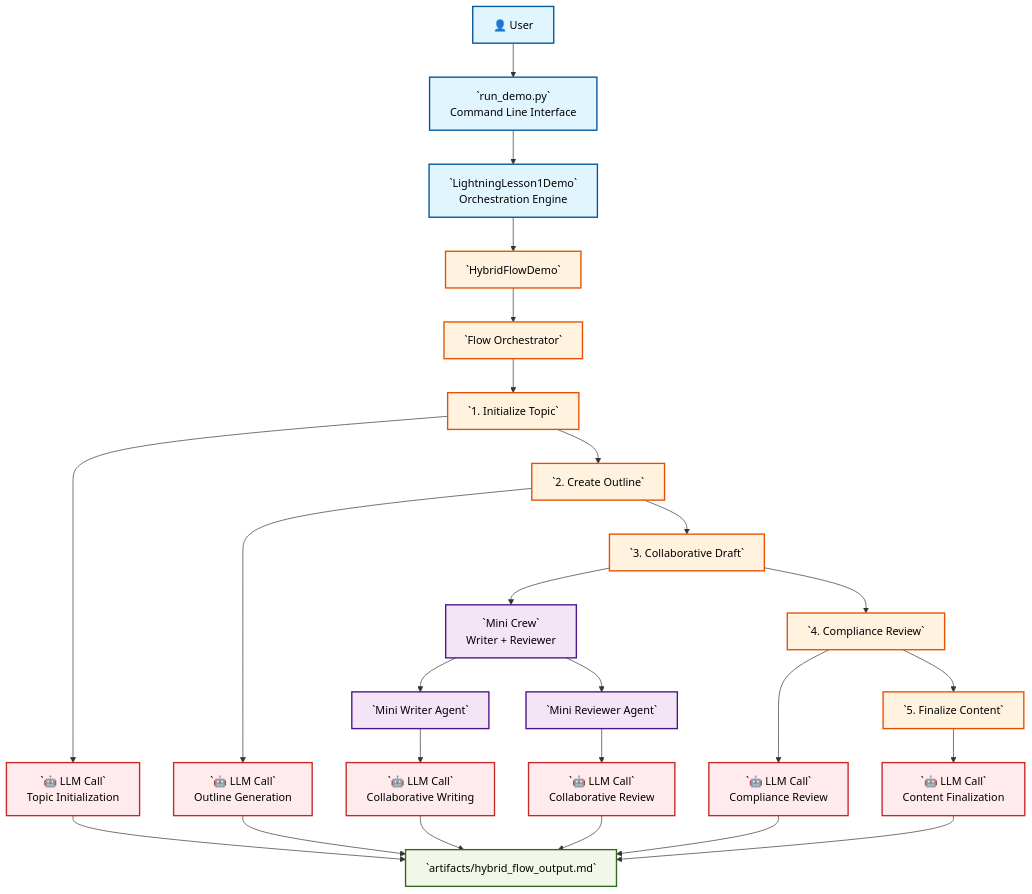
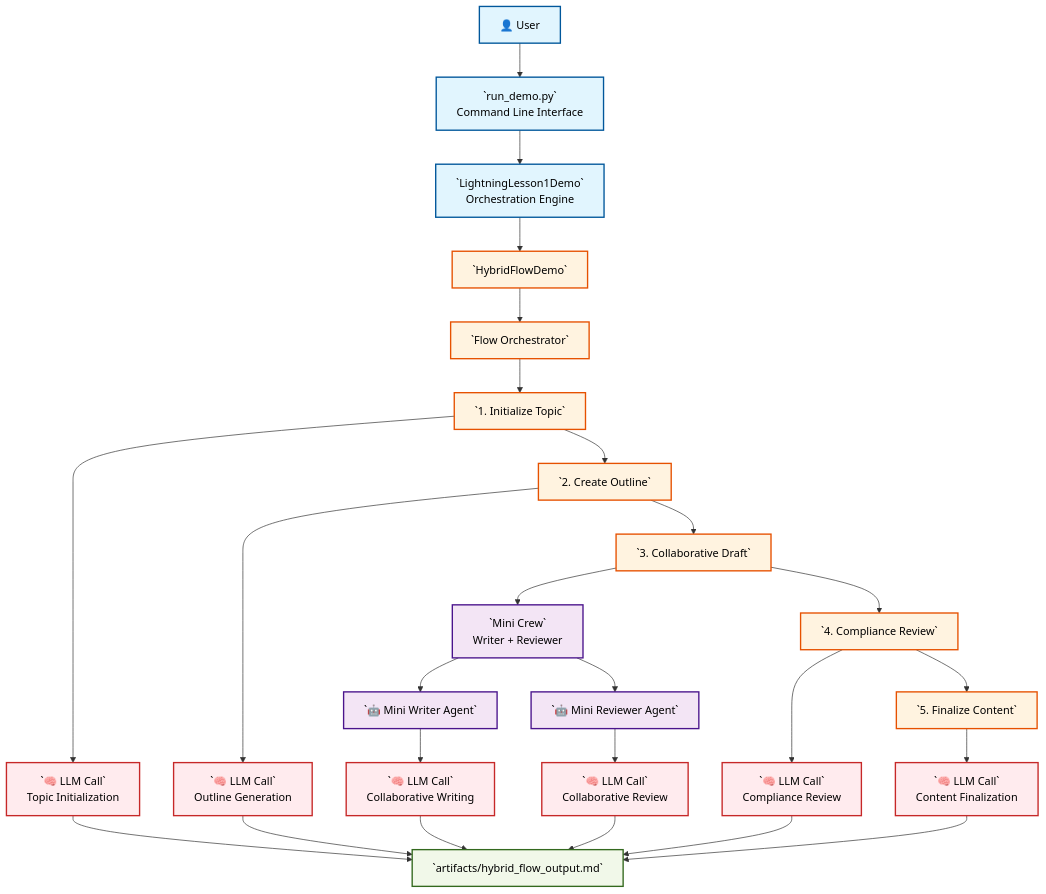
Before and after one commit to synaptic-ai-consulting/crewai-LL-series: the third of 3 diagrams in LL1/README.md, drawn with Mermaid. The commit also changed other lines of this file, not shown here.

Commit message:
updated architecture diagrams

````diff
--- a/LL1/README.md
+++ b/LL1/README.md
@@ -123,53 +123,53 @@
 ```mermaid
 graph TB
     %% User Interaction
     User[👤 User] --> CLI[`run_demo.py`<br/>Command Line Interface]
     CLI --> DemoRunner[`LightningLesson1Demo`<br/>Orchestration Engine]
     
     %% Hybrid Path
     DemoRunner --> HybridDemo[`HybridFlowDemo`]
     HybridDemo --> FlowOrchestrator[`Flow Orchestrator`]
     
     %% Flow Steps
     FlowOrchestrator --> Step1[`1. Initialize Topic`]
     Step1 --> Step2[`2. Create Outline`]
     Step2 --> Step3[`3. Collaborative Draft`]
     Step3 --> Step4[`4. Compliance Review`]
     Step4 --> Step5[`5. Finalize Content`]
     
     %% Direct LLM Calls
-    Step1 --> LLM1[`🤖 LLM Call`<br/>Topic Initialization]
-    Step2 --> LLM2[`🤖 LLM Call`<br/>Outline Generation]
-    Step4 --> LLM4[`🤖 LLM Call`<br/>Compliance Review]
-    Step5 --> LLM5[`🤖 LLM Call`<br/>Content Finalization]
+    Step1 --> LLM1[`🧠 LLM Call`<br/>Topic Initialization]
+    Step2 --> LLM2[`🧠 LLM Call`<br/>Outline Generation]
+    Step4 --> LLM4[`🧠 LLM Call`<br/>Compliance Review]
+    Step5 --> LLM5[`🧠 LLM Call`<br/>Content Finalization]
     
     %% Mini Crew for Collaborative Draft
     Step3 --> MiniCrew[`Mini Crew`<br/>Writer + Reviewer]
-    MiniCrew --> MiniWriter[`Mini Writer Agent`]
-    MiniCrew --> MiniReviewer[`Mini Reviewer Agent`]
+    MiniCrew --> MiniWriter[`🤖 Mini Writer Agent`]
+    MiniCrew --> MiniReviewer[`🤖 Mini Reviewer Agent`]
     
     %% Mini Crew LLM Calls
-    MiniWriter --> MiniLLM1[`🤖 LLM Call`<br/>Collaborative Writing]
-    MiniReviewer --> MiniLLM2[`🤖 LLM Call`<br/>Collaborative Review]
+    MiniWriter --> MiniLLM1[`🧠 LLM Call`<br/>Collaborative Writing]
+    MiniReviewer --> MiniLLM2[`🧠 LLM Call`<br/>Collaborative Review]
     
     %% Output
     LLM1 --> HybridOutput[`artifacts/hybrid_flow_output.md`]
     LLM2 --> HybridOutput
     MiniLLM1 --> HybridOutput
     MiniLLM2 --> HybridOutput
     LLM4 --> HybridOutput
     LLM5 --> HybridOutput
     
     %% Styling
     classDef userClass fill:#e1f5fe,stroke:#01579b,stroke-width:2px,color:#000
     classDef hybridClass fill:#fff3e0,stroke:#e65100,stroke-width:2px,color:#000
     classDef crewClass fill:#f3e5f5,stroke:#4a148c,stroke-width:2px,color:#000
     classDef llmClass fill:#ffebee,stroke:#c62828,stroke-width:2px,color:#000
     classDef outputClass fill:#f1f8e9,stroke:#33691e,stroke-width:2px,color:#000
     
     class User,CLI,DemoRunner userClass
     class HybridDemo,FlowOrchestrator,Step1,Step2,Step3,Step4,Step5 hybridClass
     class MiniCrew,MiniWriter,MiniReviewer crewClass
     class LLM1,LLM2,LLM4,LLM5,MiniLLM1,MiniLLM2 llmClass
     class HybridOutput outputClass
 ```
````
